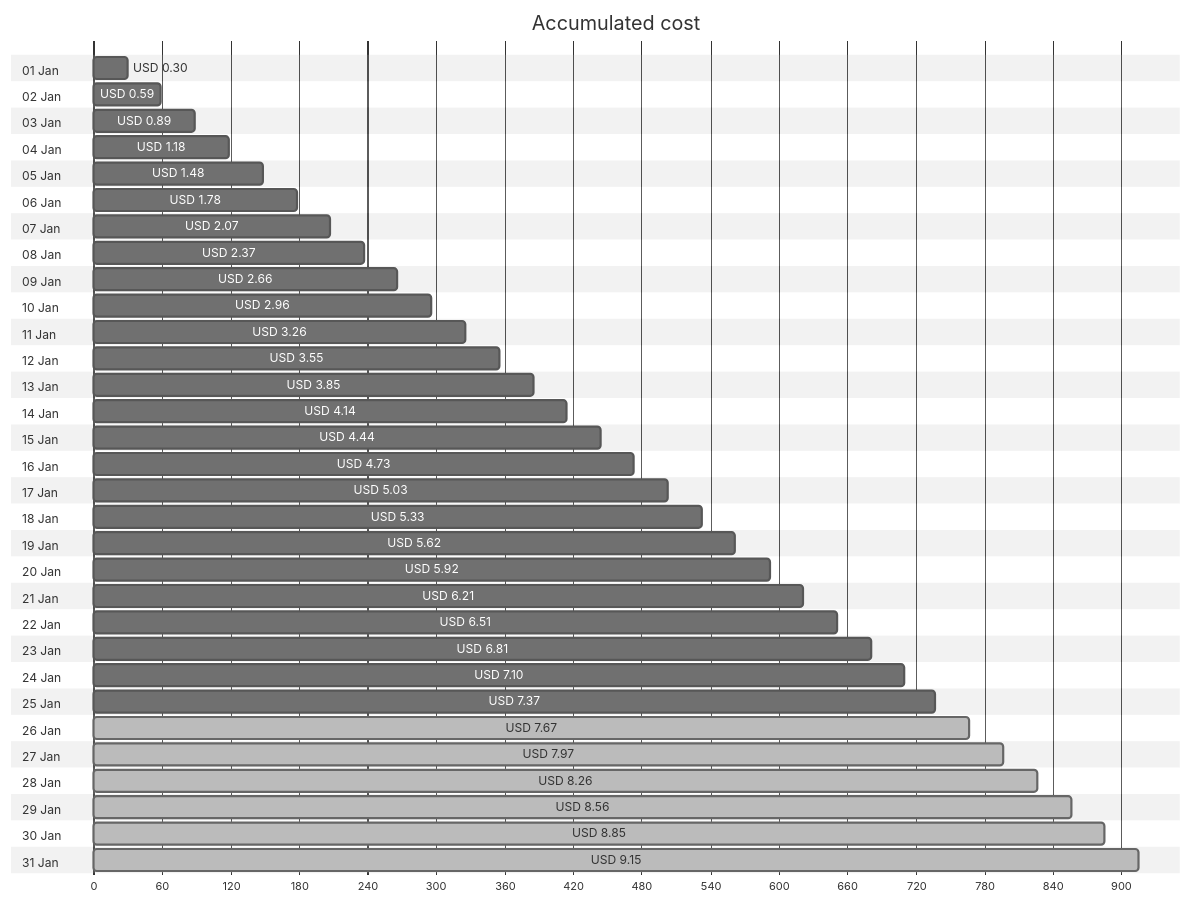
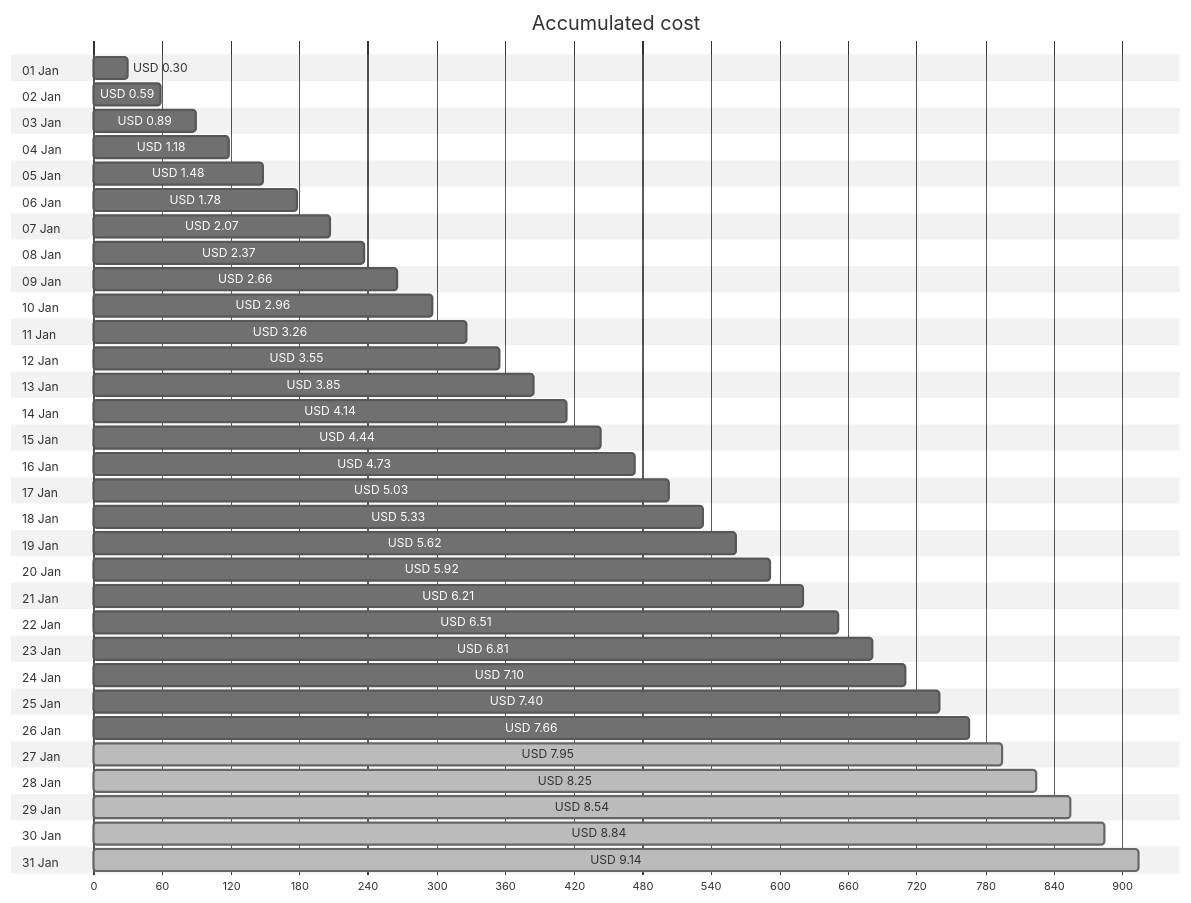
The first of 4 diagrams in cost-reports/personal-site/personal-site-preview.md (jpfulton/azure-personal-reports), drawn with Mermaid (neutral theme) before and after one commit. The commit also changed other lines of this file and 7 other files, not shown here.

````diff
--- a/cost-reports/personal-site/personal-site-preview.md
+++ b/cost-reports/personal-site/personal-site-preview.md
@@ -20,68 +20,68 @@
 ```mermaid
 gantt
    title Accumulated cost
    dateFormat  X
    axisFormat %s
    section 01 Jan
    USD 0.30 :0, 30
    section 02 Jan
    USD 0.59 :0, 59
    section 03 Jan
    USD 0.89 :0, 89
    section 04 Jan
    USD 1.18 :0, 118
    section 05 Jan
    USD 1.48 :0, 148
    section 06 Jan
    USD 1.78 :0, 178
    section 07 Jan
    USD 2.07 :0, 207
    section 08 Jan
    USD 2.37 :0, 237
    section 09 Jan
    USD 2.66 :0, 266
    section 10 Jan
    USD 2.96 :0, 296
    section 11 Jan
    USD 3.26 :0, 326
    section 12 Jan
    USD 3.55 :0, 355
    section 13 Jan
    USD 3.85 :0, 385
    section 14 Jan
    USD 4.14 :0, 414
    section 15 Jan
    USD 4.44 :0, 444
    section 16 Jan
    USD 4.73 :0, 473
    section 17 Jan
    USD 5.03 :0, 503
    section 18 Jan
    USD 5.33 :0, 533
    section 19 Jan
    USD 5.62 :0, 562
    section 20 Jan
    USD 5.92 :0, 592
    section 21 Jan
    USD 6.21 :0, 621
    section 22 Jan
    USD 6.51 :0, 651
    section 23 Jan
    USD 6.81 :0, 681
    section 24 Jan
    USD 7.10 :0, 710
    section 25 Jan
-   USD 7.37 :0, 737
+   USD 7.40 :0, 740
    section 26 Jan
-   USD 7.67 : done, 0, 767
+   USD 7.66 :0, 766
    section 27 Jan
-   USD 7.97 : done, 0, 797
+   USD 7.95 : done, 0, 795
    section 28 Jan
-   USD 8.26 : done, 0, 826
+   USD 8.25 : done, 0, 825
    section 29 Jan
-   USD 8.56 : done, 0, 856
+   USD 8.54 : done, 0, 854
    section 30 Jan
-   USD 8.85 : done, 0, 885
+   USD 8.84 : done, 0, 884
    section 31 Jan
-   USD 9.15 : done, 0, 915
+   USD 9.14 : done, 0, 914
 ```
````
